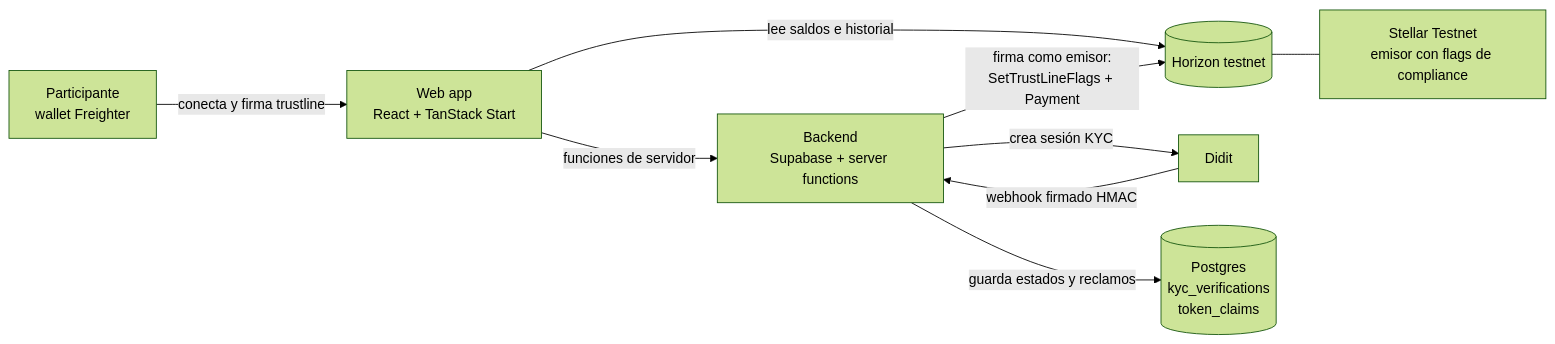
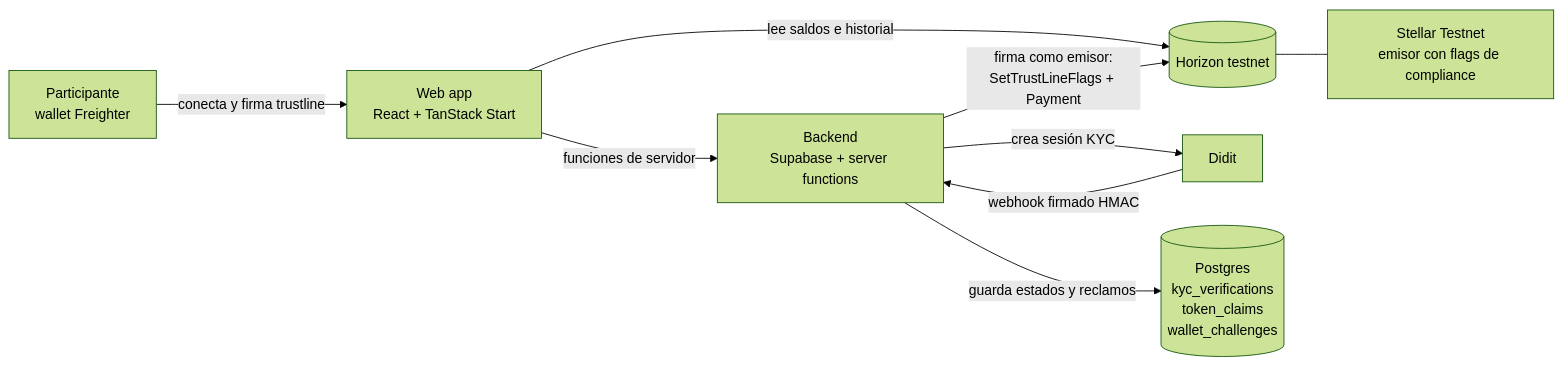
Before and after one commit to diegoortizcpn-svg/deraiz: the first of 2 diagrams in README.md, drawn with Mermaid (forest theme). The commit also changed other lines of this file, not shown here.

````diff
--- a/README.md
+++ b/README.md
@@ -77,11 +77,11 @@
 ```mermaid
 flowchart LR
     U[Participante<br/>wallet Freighter] -->|conecta y firma trustline| W[Web app<br/>React + TanStack Start]
     W -->|lee saldos e historial| H[(Horizon testnet)]
     W -->|funciones de servidor| B[Backend<br/>Supabase + server functions]
     B -->|crea sesión KYC| D[Didit]
     D -->|webhook firmado HMAC| B
-    B -->|guarda estados y reclamos| DB[(Postgres<br/>kyc_verifications<br/>token_claims)]
+    B -->|guarda estados y reclamos| DB[(Postgres<br/>kyc_verifications<br/>token_claims<br/>wallet_challenges)]
     B -->|firma como emisor:<br/>SetTrustLineFlags + Payment| H
     H --- S[Stellar Testnet<br/>emisor con flags de compliance]
 ```
````
